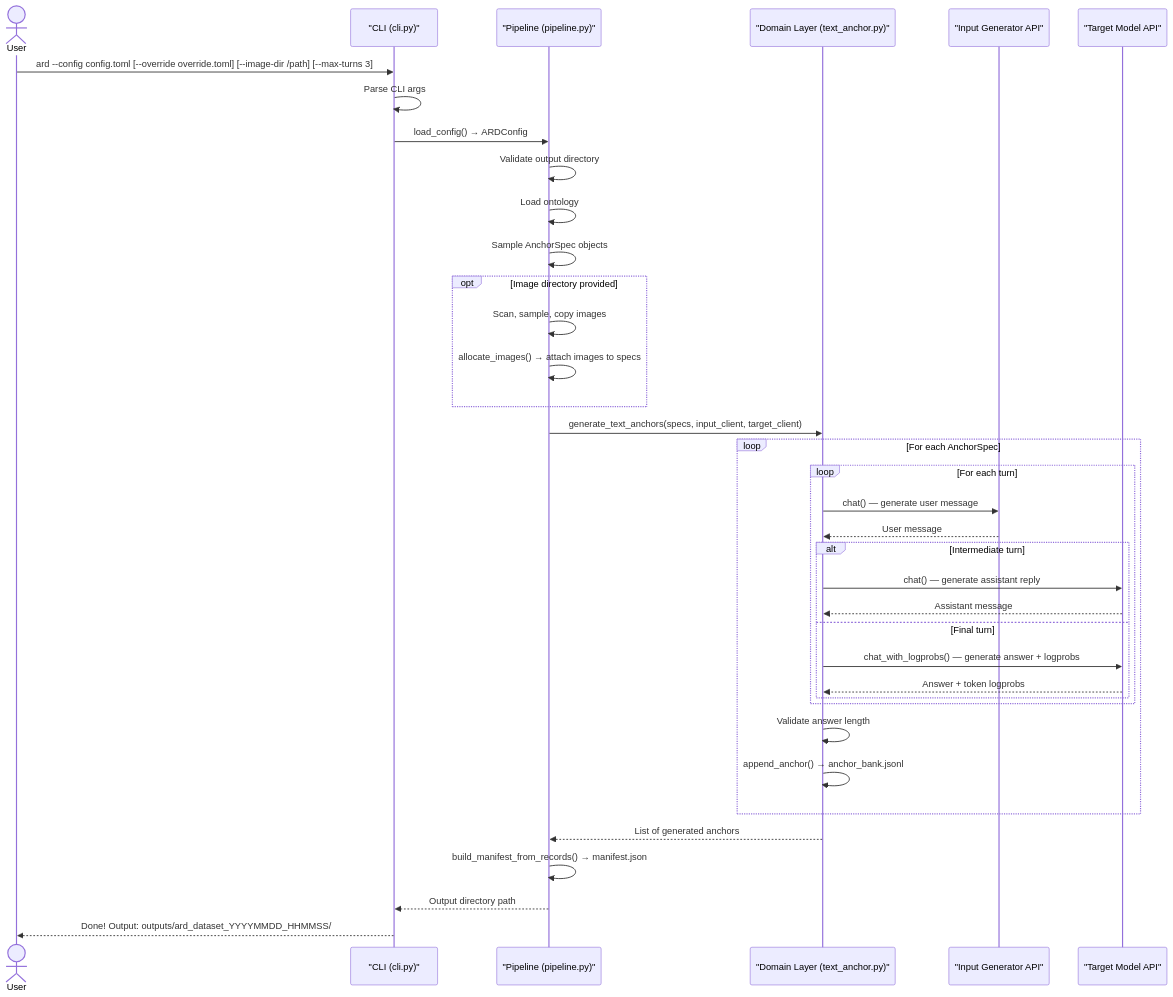
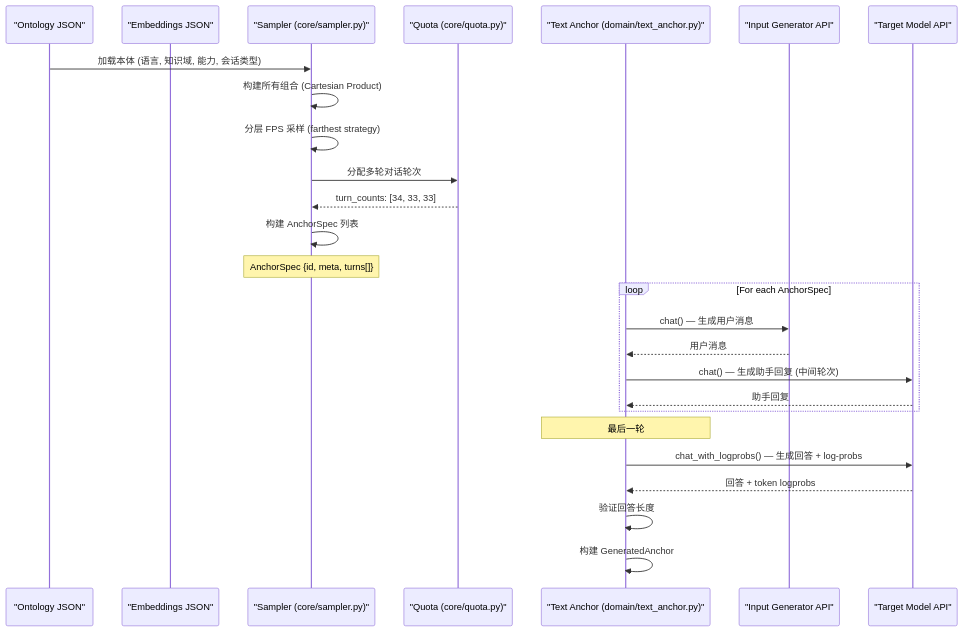
One commit to godthrone/anchor-replay-distillation changed the third of 5 diagrams in docs/architecture.md. Above: the diagram before and after it, drawn with Mermaid. The commit also changed other lines of this file and 28 other files, not shown here.

First line of the commit message:
feat: multimodal anchor generation, FPS sampler, and logging

````diff
--- a/docs/architecture.md
+++ b/docs/architecture.md
@@ -116,40 +198,30 @@
 ```mermaid
 sequenceDiagram
-    actor User
-    participant CLI as "CLI (cli.py)"
-    participant Pipeline as "Pipeline (pipeline.py)"
-    participant Domain as "Domain Layer (text_anchor.py)"
+    participant Ontology as "Ontology JSON"
+    participant Embeddings as "Embeddings JSON"
+    participant Sampler as "Sampler (core/sampler.py)"
+    participant Quota as "Quota (core/quota.py)"
+    participant TextAnchor as "Text Anchor (domain/text_anchor.py)"
     participant InputGen as "Input Generator API"
     participant Target as "Target Model API"
 
-    User->>CLI: ard --config config.toml [--override override.toml] [--image-dir /path] [--max-turns 3]
-    CLI->>CLI: Parse CLI args
-    CLI->>Pipeline: load_config() → ARDConfig
-    Pipeline->>Pipeline: Validate output directory
-    Pipeline->>Pipeline: Load ontology
-    Pipeline->>Pipeline: Sample AnchorSpec objects
-    opt Image directory provided
-        Pipeline->>Pipeline: Scan, sample, copy images
-        Pipeline->>Pipeline: allocate_images() → attach images to specs
+    Ontology->>Sampler: 加载本体 (语言, 知识域, 能力, 会话类型)
+    Sampler->>Sampler: 构建所有组合 (Cartesian Product)
+    Sampler->>Sampler: 分层 FPS 采样 (farthest strategy)
+    Sampler->>Quota: 分配多轮对话轮次
+    Quota-->>Sampler: turn_counts: [34, 33, 33]
+    Sampler->>Sampler: 构建 AnchorSpec 列表
+    Note over Sampler: AnchorSpec {id, meta, turns[]}
+
+    loop For each AnchorSpec
+        TextAnchor->>InputGen: chat() — 生成用户消息
+        InputGen-->>TextAnchor: 用户消息
+        TextAnchor->>Target: chat() — 生成助手回复 (中间轮次)
+        Target-->>TextAnchor: 助手回复
     end
-    Pipeline->>Domain: generate_text_anchors(specs, input_client, target_client)
-    loop For each AnchorSpec
-        loop For each turn
-            Domain->>InputGen: chat() — generate user message
-            InputGen-->>Domain: User message
-            alt Intermediate turn
-                Domain->>Target: chat() — generate assistant reply
-                Target-->>Domain: Assistant message
-            else Final turn
-                Domain->>Target: chat_with_logprobs() — generate answer + logprobs
-                Target-->>Domain: Answer + token logprobs
-            end
-        end
-        Domain->>Domain: Validate answer length
-        Domain->>Domain: append_anchor() → anchor_bank.jsonl
-    end
-    Domain-->>Pipeline: List of generated anchors
-    Pipeline->>Pipeline: build_manifest_from_records() → manifest.json
-    Pipeline-->>CLI: Output directory path
-    CLI-->>User: Done! Output: outputs/ard_dataset_YYYYMMDD_HHMMSS/
+    Note over TextAnchor: 最后一轮
+    TextAnchor->>Target: chat_with_logprobs() — 生成回答 + log-probs
+    Target-->>TextAnchor: 回答 + token logprobs
+    TextAnchor->>TextAnchor: 验证回答长度
+    TextAnchor->>TextAnchor: 构建 GeneratedAnchor
 ```
````
